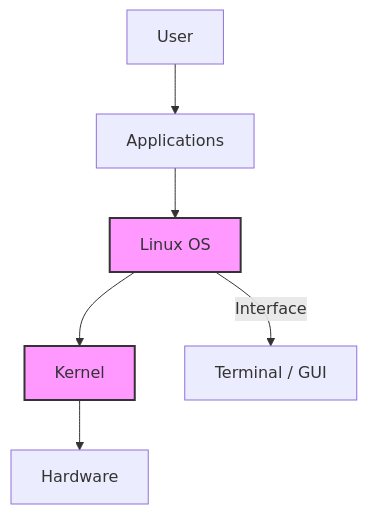
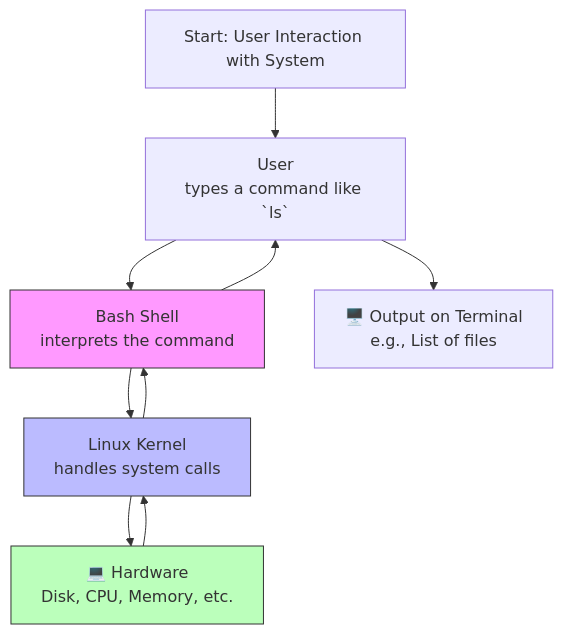
One commit to aabhinavg1/FixIt changed the first of 3 diagrams in docs/linux/basic_of_linux.md. Above: the diagram before and after it, drawn with Mermaid. The commit also changed other lines of this file and 1 other file, not shown here.

Commit message:
updated the doc for the linux basic commmand

````diff
--- a/docs/linux/basic_of_linux.md
+++ b/docs/linux/basic_of_linux.md
@@ -64,12 +95,24 @@
 ```mermaid
-graph TD
-    A[User] --> B[Applications]
-    B --> C[Linux OS]
-    C --> D[Kernel]
-    D --> E[Hardware]
+flowchart TD
+    %% Title
+    A[Start: User Interaction with System] --> User
 
-    C -->|Interface| F[Terminal / GUI]
+    %% Main flow
+    User[User\ntypes a command like `ls`] --> Bash[Bash Shell\ninterprets the command]
+    Bash --> Kernel[Linux Kernel\nhandles system calls]
+    Kernel --> Hardware[💻 Hardware\nDisk, CPU, Memory, etc.]
+    Hardware --> Kernel
+    Kernel --> Bash
+    Bash --> User
 
-    classDef os fill:#f9f,stroke:#333,stroke-width:2px;
-    class C,D os;
+    %% Output result
+    User --> Output[🖥️ Output on Terminal\ne.g., List of files]
+
+    %% Styling
+    classDef shell fill:#f9f,stroke:#333,stroke-width:1px;
+    classDef kernel fill:#bbf,stroke:#333,stroke-width:1px;
+    classDef hardware fill:#bfb,stroke:#333,stroke-width:1px;
+    class Bash shell;
+    class Kernel kernel;
+    class Hardware hardware;
 ```
````
